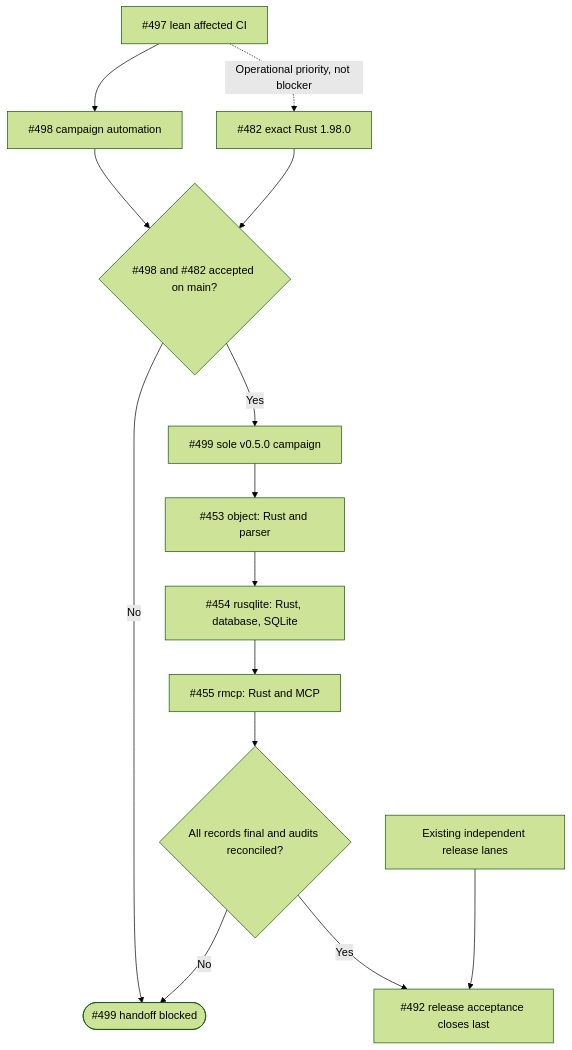
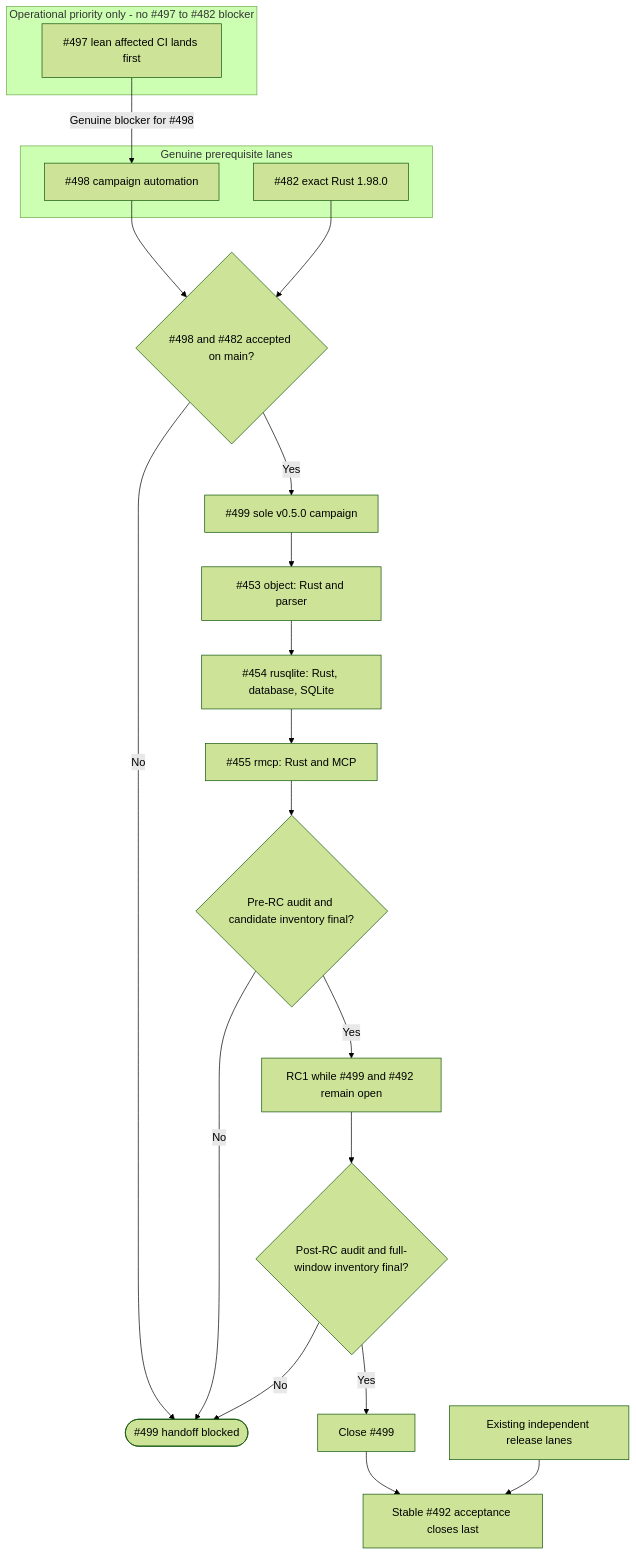
Diagram 28 of 29 in docs/v050-release-architecture.md (styler-ai/ProjectAtlas), drawn with Mermaid (forest theme) before and after one commit. The commit also changed other lines of this file and 12 other files, not shown here.

Commit message:
docs(release): close CI campaign review gaps (#492)

````diff
--- a/docs/v050-release-architecture.md
+++ b/docs/v050-release-architecture.md
@@ -416,16 +452,26 @@
 ```mermaid
 flowchart TB
-    CI497[#497 lean affected CI] --> Auto498[#498 campaign automation]
-    CI497 -. Operational priority, not blocker .-> Rust482[#482 exact Rust 1.98.0]
+    subgraph Priority[Operational priority only - no #497 to #482 blocker]
+        CI497[#497 lean affected CI lands first]
+    end
+    subgraph Foundations[Genuine prerequisite lanes]
+        Auto498[#498 campaign automation]
+        Rust482[#482 exact Rust 1.98.0]
+    end
+    CI497 -- Genuine blocker for #498 --> Auto498
     Auto498 --> Ready{#498 and #482 accepted on main?}
     Rust482 --> Ready
     Ready -- No --> Stop([#499 handoff blocked])
     Ready -- Yes --> Campaign499[#499 sole v0.5.0 campaign]
     Campaign499 --> PR453[#453 object: Rust and parser]
     PR453 --> PR454[#454 rusqlite: Rust, database, SQLite]
     PR454 --> PR455[#455 rmcp: Rust and MCP]
-    PR455 --> FinalState{All records final and audits reconciled?}
-    FinalState -- No --> Stop
-    FinalState -- Yes --> Release492[#492 release acceptance closes last]
+    PR455 --> CandidateState{Pre-RC audit and candidate inventory final?}
+    CandidateState -- No --> Stop
+    CandidateState -- Yes --> RC1[RC1 while #499 and #492 remain open]
+    RC1 --> StableState{Post-RC audit and full-window inventory final?}
+    StableState -- No --> Stop
+    StableState -- Yes --> Close499[Close #499]
+    Close499 --> Release492[Stable #492 acceptance closes last]
     Parallel[Existing independent release lanes] --> Release492
 ```
````
